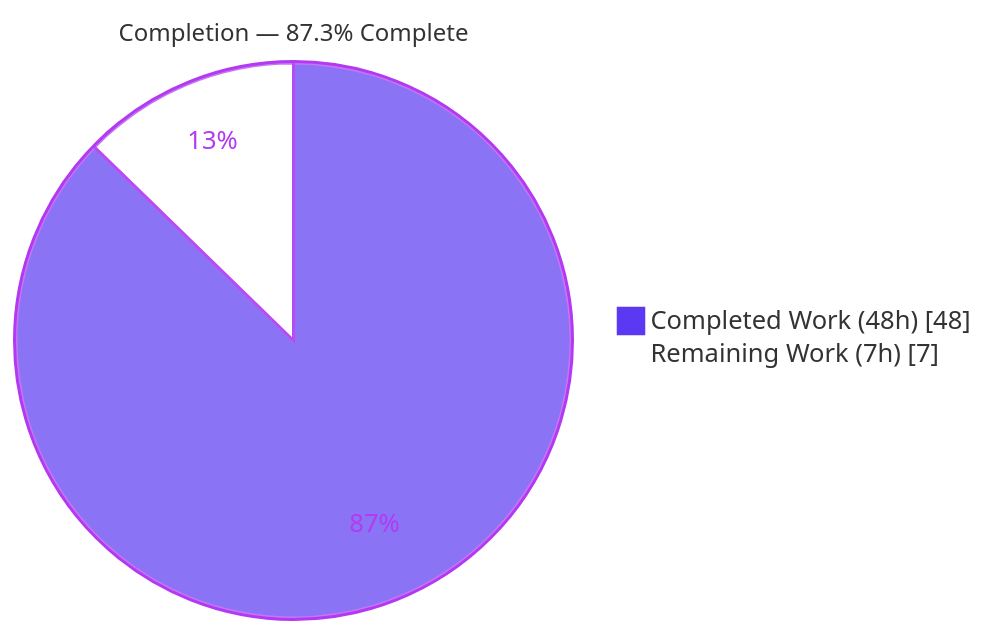
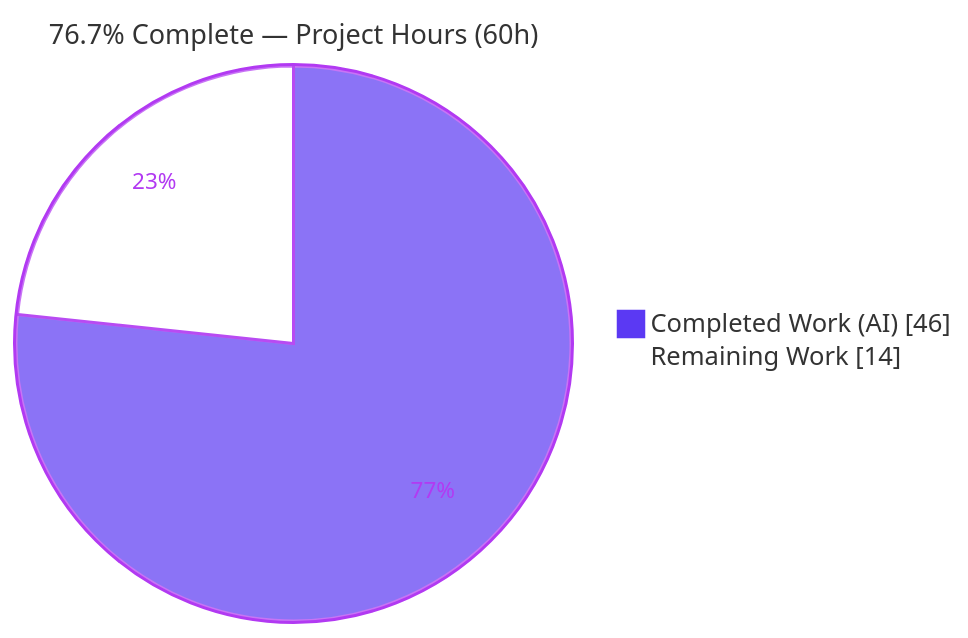
The first of 3 diagrams in blitzy/documentation/Project Guide.md (ajitblitzy/Society_Mngt_26-Jun-2026-Afternoon), drawn with Mermaid before and after one commit. The commit also changed other lines of this file, not shown here.

Commit message:
Adding Blitzy Project Guide: Project Status and Human Tasks Remaining

````diff
--- a/blitzy/documentation/Project Guide.md
+++ b/blitzy/documentation/Project Guide.md
@@ -16,6 +16,6 @@
 ```mermaid
-%%{init: {'theme':'base', 'themeVariables': {'pie1':'#5B39F3','pie2':'#FFFFFF','pieStrokeColor':'#B23AF2','pieOuterStrokeColor':'#B23AF2','pieSectionTextColor':'#B23AF2','pieStrokeWidth':'2px','pieTitleTextSize':'16px'}}}%%
-pie showData title Completion — 87.3% Complete
-    "Completed Work (48h)" : 48
-    "Remaining Work (7h)" : 7
+%%{init: {'theme':'base','themeVariables':{'pie1':'#5B39F3','pie2':'#FFFFFF','pieStrokeColor':'#B23AF2','pieStrokeWidth':'2px','pieOuterStrokeColor':'#B23AF2','pieOuterStrokeWidth':'2px','pieTitleTextSize':'18px','pieSectionTextColor':'#B23AF2','pieSectionTextSize':'15px','pieLegendTextColor':'#333333'}}}%%
+pie showData title 76.7% Complete — Project Hours (60h)
+    "Completed Work (AI)" : 46
+    "Remaining Work" : 14
 ```
````
